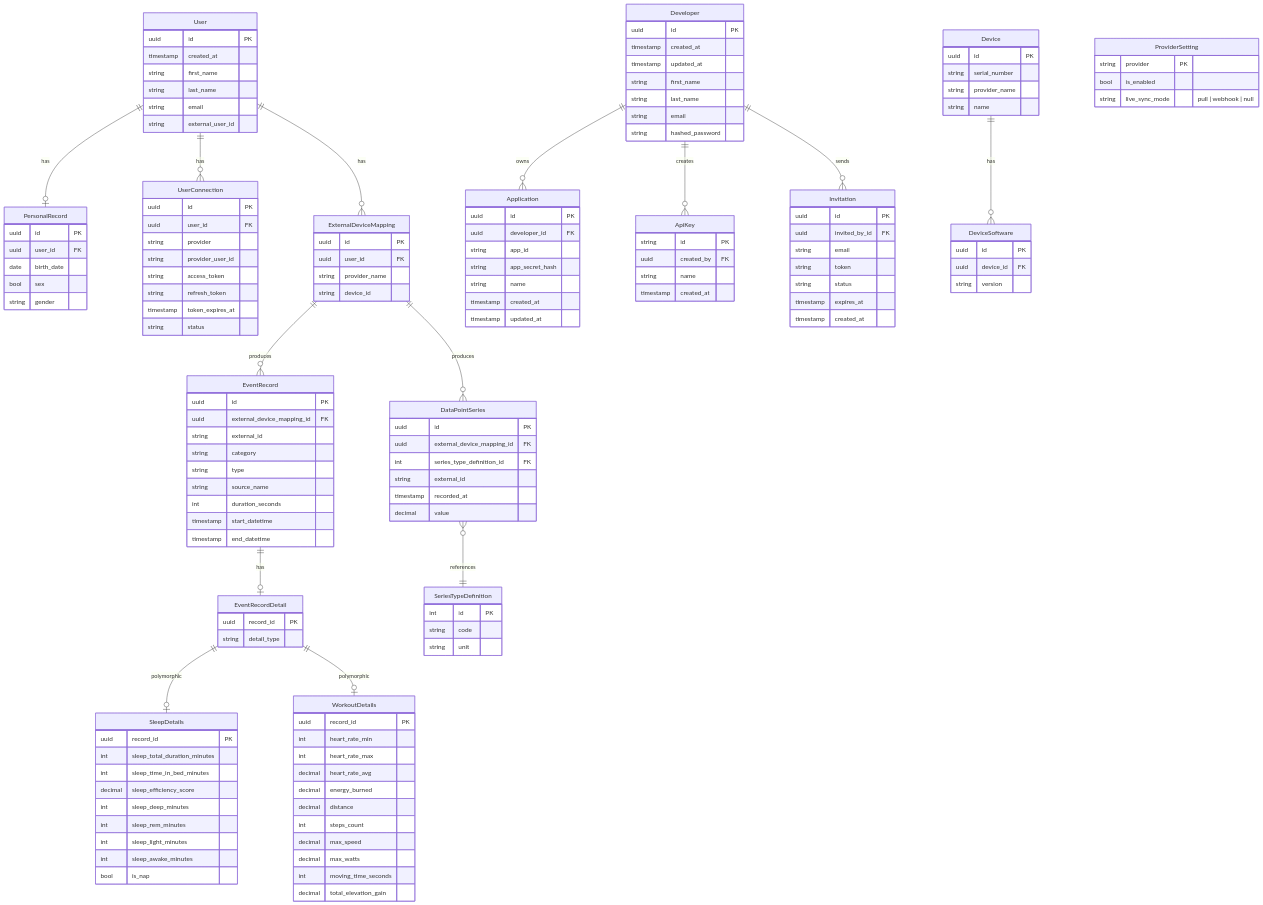
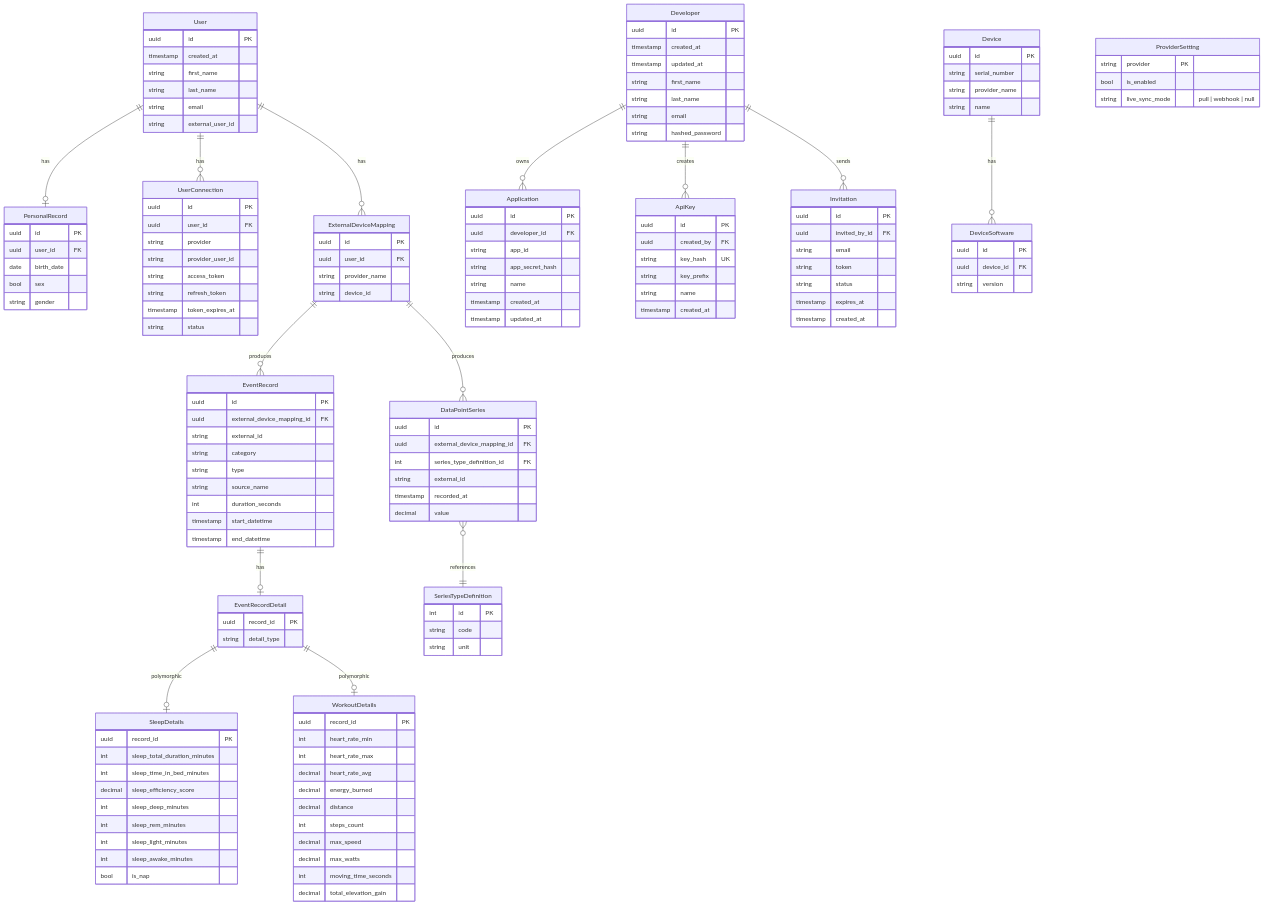
Before and after one commit to the-momentum/open-wearables: the diagram in docs/architecture/unified-data-model.mdx, drawn with Mermaid. The commit also changed 3 other files, not shown here.

```diff
--- a/docs/architecture/unified-data-model.mdx
+++ b/docs/architecture/unified-data-model.mdx
@@ -186,8 +186,10 @@
     }
     
     ApiKey {
-        string id PK
+        uuid id PK
         uuid created_by FK
+        string key_hash UK
+        string key_prefix
         string name
         timestamp created_at
     }
```
